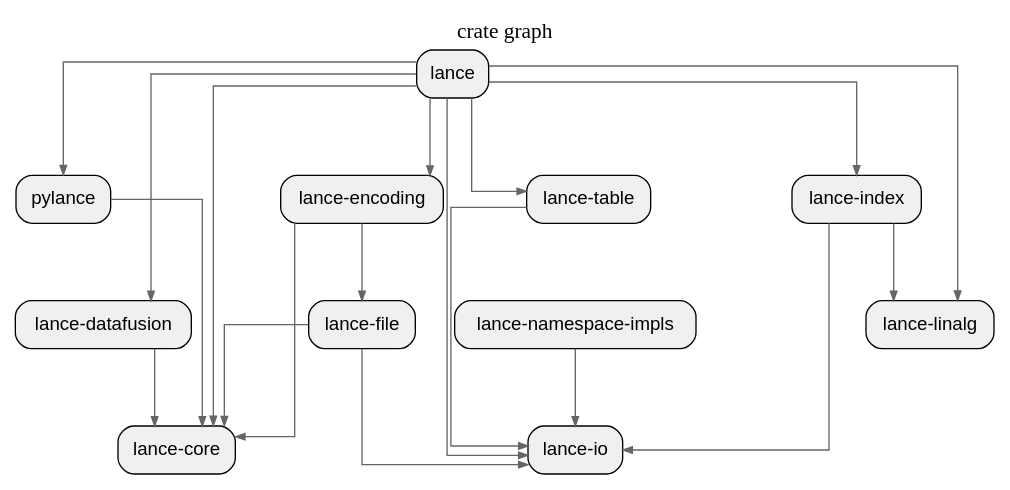
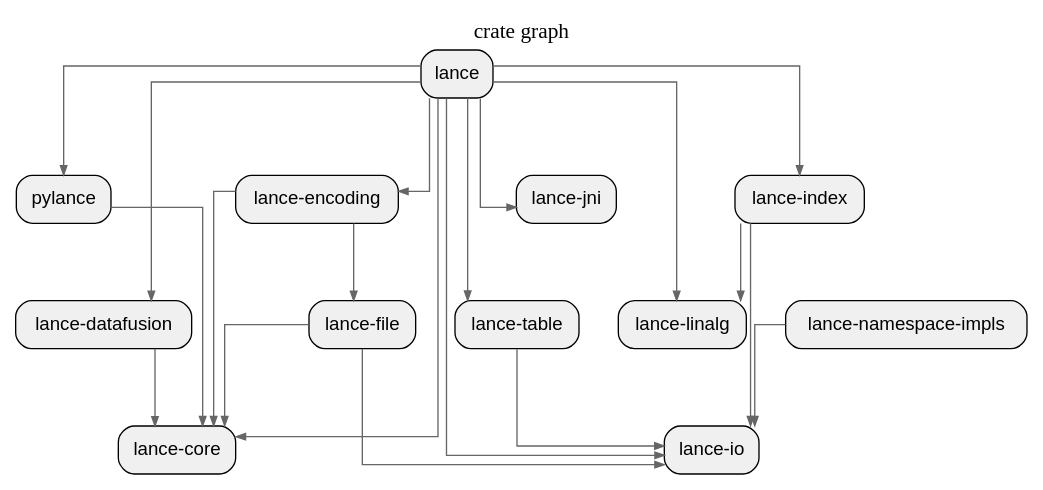
One commit to allenanswerzq/llmcc changed the diagram in sample/lance-pagerank/depth_1_crate.dot. Above: the diagram before and after it, drawn with Graphviz. The commit also changed 211 other files, not shown here.

```diff
--- a/sample/lance-pagerank/depth_1_crate.dot
+++ b/sample/lance-pagerank/depth_1_crate.dot
@@ -1,47 +1,49 @@
 digraph architecture {
   // Layout settings
   rankdir=TB;
   ranksep=0.8;
   nodesep=0.4;
   splines=ortho;
   concentrate=true;
 
   node [shape=box, style="rounded,filled", fillcolor="#f0f0f0", fontname="Helvetica"];
   edge [color="#666666", arrowsize=0.7];
 
   label="crate graph";
   labelloc=t;
   fontsize=16;
   fontname="Helvetica Bold";
 
   crate_lance[label="lance"];
   crate_lance_core[label="lance-core"];
   crate_lance_datafusion[label="lance-datafusion"];
   crate_lance_encoding[label="lance-encoding"];
   crate_lance_file[label="lance-file"];
   crate_lance_index[label="lance-index"];
   crate_lance_io[label="lance-io"];
+  crate_lance_jni[label="lance-jni"];
   crate_lance_linalg[label="lance-linalg"];
   crate_lance_namespace_impls[label="lance-namespace-impls"];
   crate_lance_table[label="lance-table"];
   crate_pylance[label="pylance"];
 
   crate_lance -> crate_lance_core;
   crate_lance -> crate_lance_datafusion;
   crate_lance -> crate_lance_encoding;
   crate_lance -> crate_lance_index;
   crate_lance -> crate_lance_io;
+  crate_lance -> crate_lance_jni;
   crate_lance -> crate_lance_linalg;
   crate_lance -> crate_lance_table;
   crate_lance -> crate_pylance;
   crate_lance_datafusion -> crate_lance_core;
   crate_lance_encoding -> crate_lance_core;
   crate_lance_encoding -> crate_lance_file;
   crate_lance_file -> crate_lance_core;
   crate_lance_file -> crate_lance_io;
   crate_lance_index -> crate_lance_io;
   crate_lance_index -> crate_lance_linalg;
   crate_lance_namespace_impls -> crate_lance_io;
   crate_lance_table -> crate_lance_io;
   crate_pylance -> crate_lance_core;
 }
```
